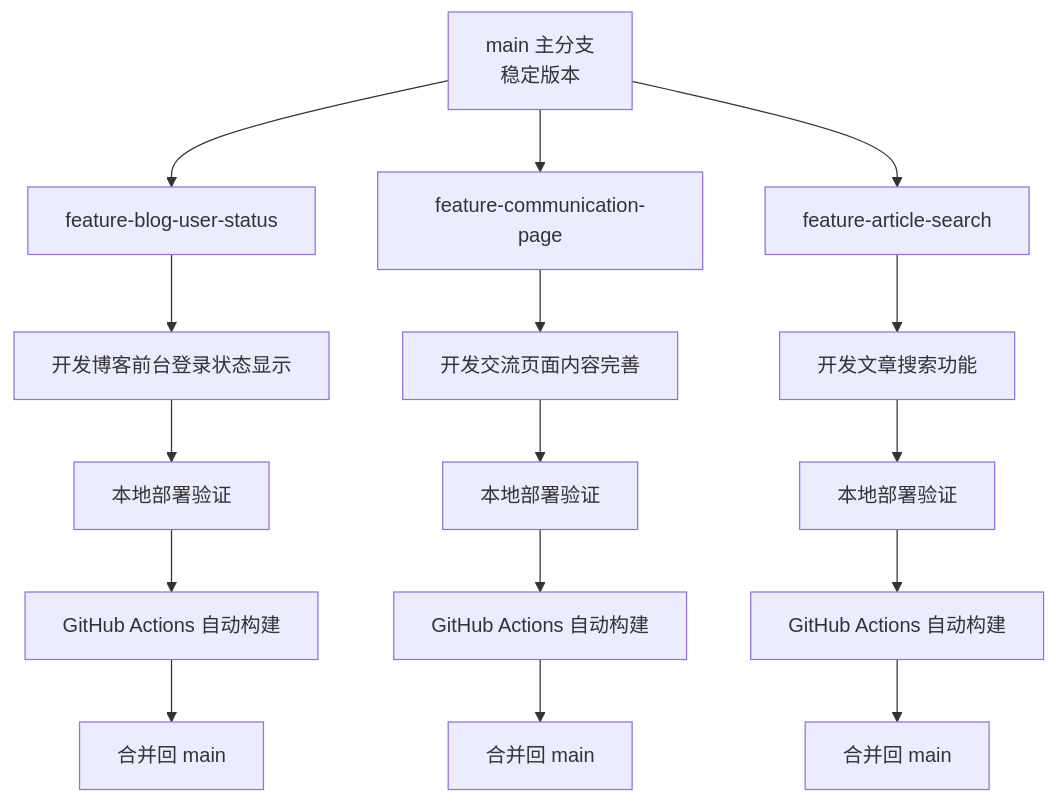
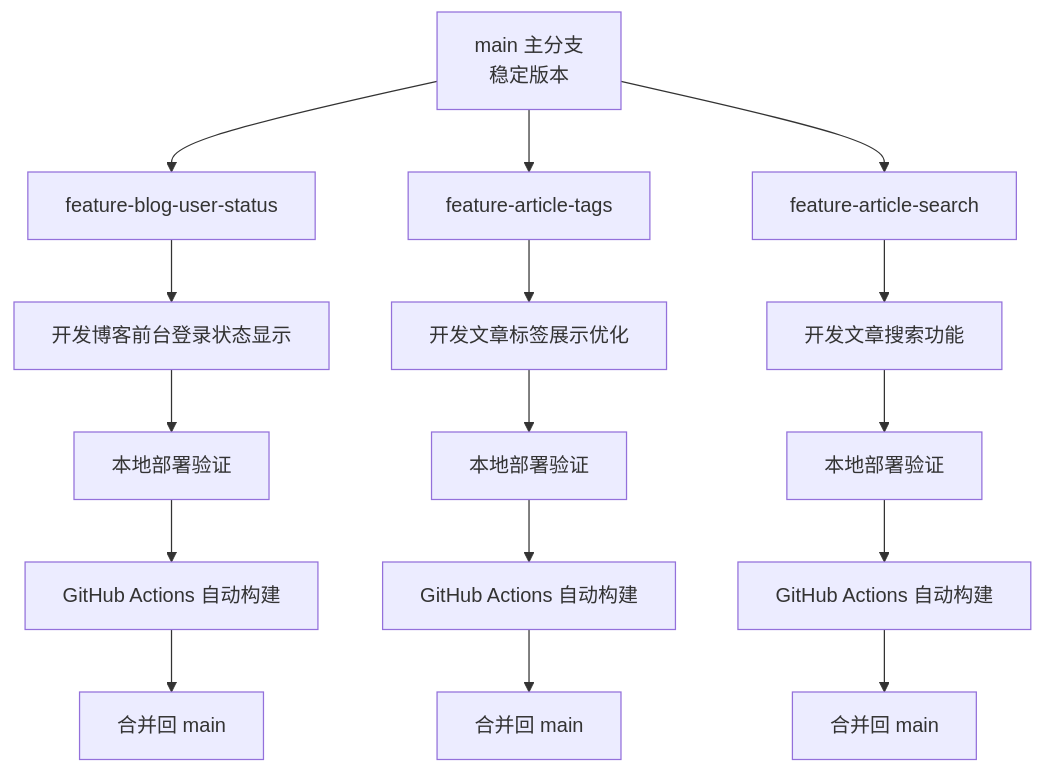
One commit to zxc2005517-stack/bootdo-blog-system changed the fifth of 7 diagrams in README.md. Above: the diagram before and after it, drawn with Mermaid. The commit also changed other lines of this file, not shown here.

````diff
--- a/README.md
+++ b/README.md
@@ -206,22 +207,22 @@
 ```mermaid
 graph TD
     A[main 主分支<br/>稳定版本]
 
     A --> B[feature-blog-user-status]
     B --> B1[开发博客前台登录状态显示]
     B1 --> B2[本地部署验证]
     B2 --> B3[GitHub Actions 自动构建]
     B3 --> B4[合并回 main]
 
-    A --> C[feature-communication-page]
-    C --> C1[开发交流页面内容完善]
+    A --> C[feature-article-tags]
+    C --> C1[开发文章标签展示优化]
     C1 --> C2[本地部署验证]
     C2 --> C3[GitHub Actions 自动构建]
     C3 --> C4[合并回 main]
 
     A --> D[feature-article-search]
     D --> D1[开发文章搜索功能]
     D1 --> D2[本地部署验证]
     D2 --> D3[GitHub Actions 自动构建]
     D3 --> D4[合并回 main]
 ```
````
